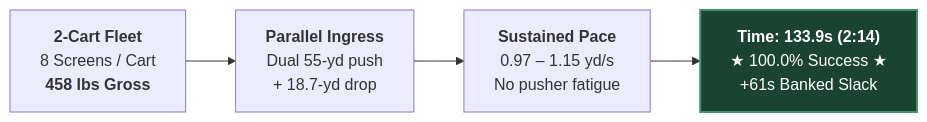
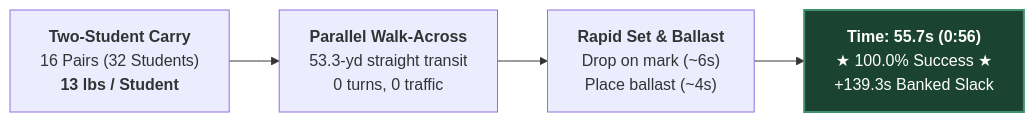
Before and after one commit to ericrowe/music: the first of 2 diagrams in PCHSMB/_Sideline Screen/sideline_screen_field_logistics_and_timing_guide.md, drawn with Mermaid. The commit also changed other lines of this file and 1 other file, not shown here.

Commit message:
docs(sideline-screen): integrate Two-Student Carry simulation results as recommended standard in field logistics guides

````diff
--- a/PCHSMB/_Sideline Screen/sideline_screen_field_logistics_and_timing_guide.md
+++ b/PCHSMB/_Sideline Screen/sideline_screen_field_logistics_and_timing_guide.md
@@ -115,11 +128,11 @@
 ```mermaid
 flowchart LR
-    TC1["<b>2-Cart Fleet</b><br/>8 Screens / Cart<br/><b>458 lbs Gross</b>"]
-    TC2["<b>Parallel Ingress</b><br/>Dual 55-yd push<br/>+ 18.7-yd drop"]
-    TC3["<b>Sustained Pace</b><br/>0.97 – 1.15 yd/s<br/>No pusher fatigue"]
-    TC4["<b>Time: 133.9s (2:14)</b><br/>★ 100.0% Success ★<br/>+61s Banked Slack"]
-    TC1 --> TC2 --> TC3 --> TC4
+    TSC1["<b>Two-Student Carry</b><br/>16 Pairs (32 Students)<br/><b>13 lbs / Student</b>"]
+    TSC2["<b>Parallel Walk-Across</b><br/>53.3-yd straight transit<br/>0 turns, 0 traffic"]
+    TSC3["<b>Rapid Set & Ballast</b><br/>Drop on mark (~6s)<br/>Place ballast (~4s)"]
+    TSC4["<b>Time: 55.7s (0:56)</b><br/>★ 100.0% Success ★<br/>+139.3s Banked Slack"]
+    TSC1 --> TSC2 --> TSC3 --> TSC4
 
     classDef win fill:#1b4332,stroke:#40916c,stroke-width:2px,color:#fff;
-    class TC4 win;
+    class TSC4 win;
 ```
````
